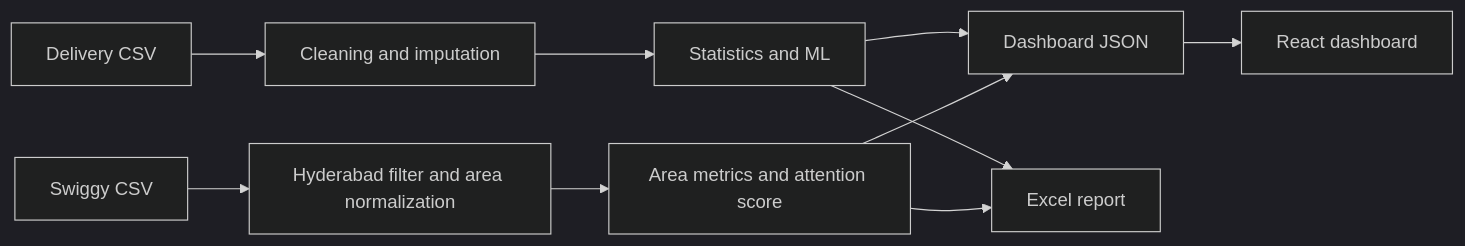
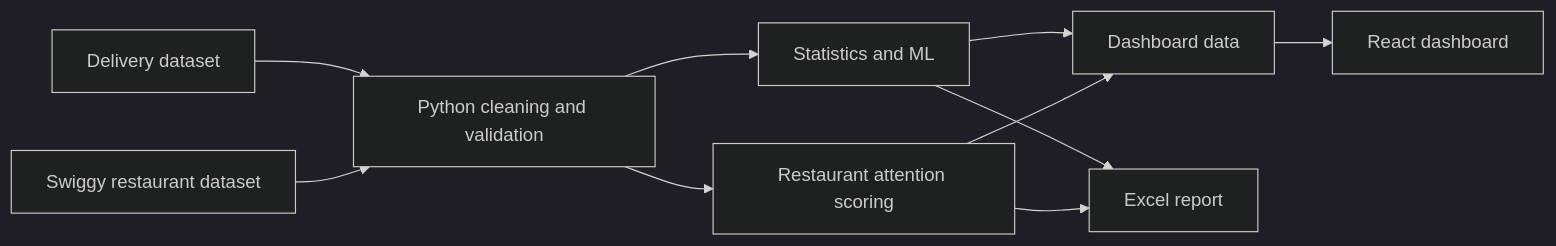
Before and after one commit to 2shriyansh-ai/QuickCommerce-Pulse: the diagram in README.md, drawn with Mermaid (dark theme). The commit also changed other lines of this file, not shown here.

````diff
--- a/README.md
+++ b/README.md
@@ -165,12 +84,12 @@
 ```mermaid
 flowchart LR
-    A[Delivery CSV] --> B[Cleaning and imputation]
-    B --> C[Statistics and ML]
-    D[Swiggy CSV] --> E[Hyderabad filter and area normalization]
-    E --> F[Area metrics and attention score]
-    C --> G[Dashboard JSON]
-    F --> G
-    C --> H[Excel report]
-    F --> H
-    G --> I[React dashboard]
+    A["Delivery dataset"] --> C["Python cleaning and validation"]
+    B["Swiggy restaurant dataset"] --> C
+    C --> D["Statistics and ML"]
+    C --> E["Restaurant attention scoring"]
+    D --> F["Dashboard data"]
+    E --> F
+    D --> G["Excel report"]
+    E --> G
+    F --> H["React dashboard"]
 ```
````
